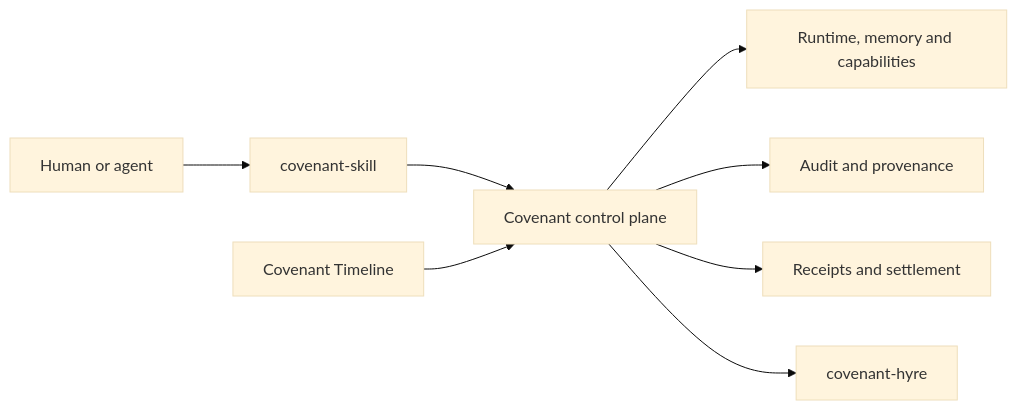
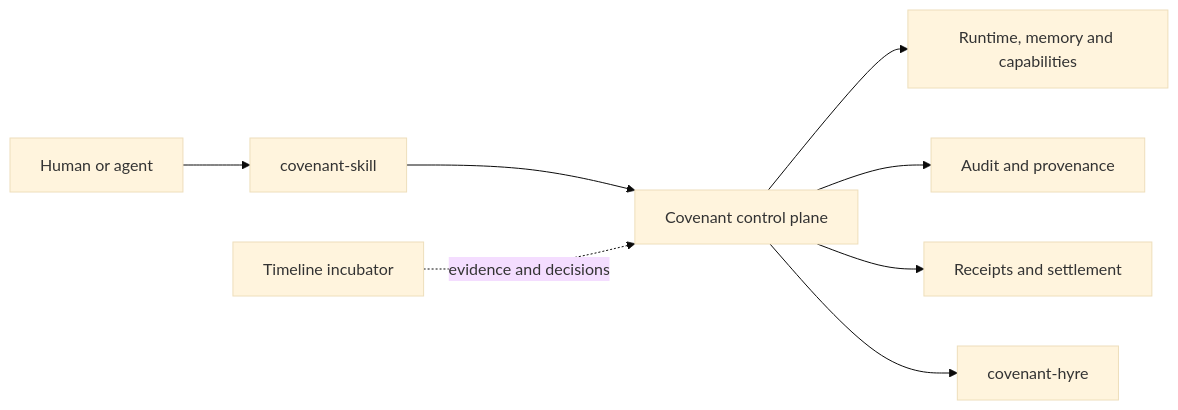
One commit to open-covenant/.github changed the diagram in profile/README.md. Above: the diagram before and after it, drawn with Mermaid (base theme). The commit also changed other lines of this file, not shown here.

Commit message:
reframe timeline as incubating protocol

````diff
--- a/profile/README.md
+++ b/profile/README.md
@@ -22,10 +30,10 @@
 ```mermaid
 flowchart LR
     operator["Human or agent"] --> skill["covenant-skill"]
     skill --> core["Covenant control plane"]
-    timeline["Covenant Timeline"] --> core
+    timeline["Timeline incubator"] -. evidence and decisions .-> core
     core --> runtime["Runtime, memory and capabilities"]
     core --> evidence["Audit and provenance"]
     core --> settlement["Receipts and settlement"]
     core --> hyre["covenant-hyre"]
 ```
````
